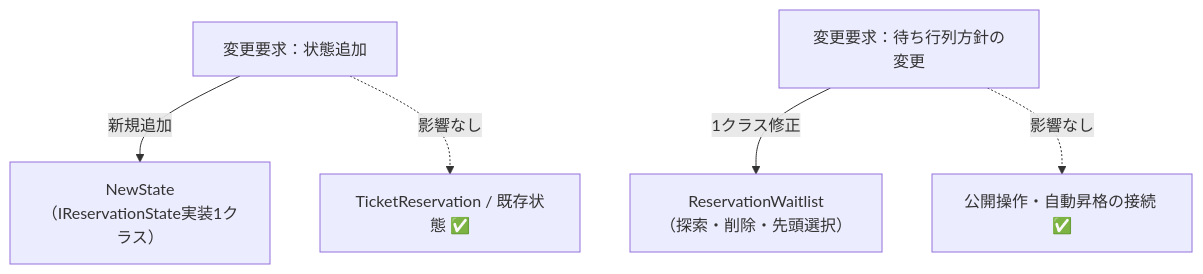
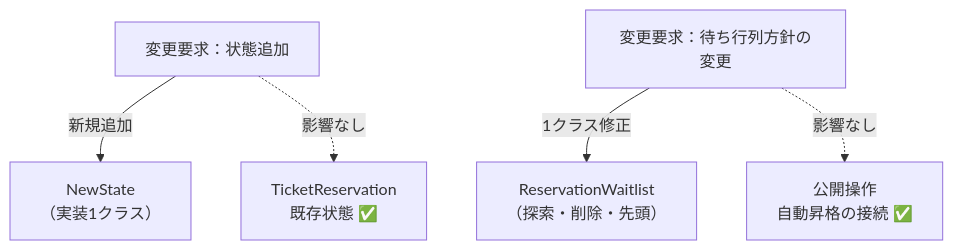
Diagram 15 of 18 in kindle/design-patterns/books/volume01-core-patterns/output/chapter02.md (kumachan1101-pixel/DesignPattern), drawn with Mermaid before and after one commit. The commit also changed other lines of this file and 8 other files, not shown here.

````diff
--- a/kindle/design-patterns/books/volume01-core-patterns/output/chapter02.md
+++ b/kindle/design-patterns/books/volume01-core-patterns/output/chapter02.md
@@ -3119,9 +3110,9 @@
 ```mermaid
 graph TD
     T1["変更要求：状態追加"]
-        -->|新規追加| N1["NewState<br>（IReservationState実装1クラス）"]
+        -->|新規追加| N1["NewState<br>（実装1クラス）"]
     T2["変更要求：待ち行列方針の変更"]
-        -->|1クラス修正| N2["ReservationWaitlist<br>（探索・削除・先頭選択）"]
-    T1 -. "影響なし" .-> A["TicketReservation / 既存状態 ✅"]
-    T2 -. "影響なし" .-> B["公開操作・自動昇格の接続 ✅"]
+        -->|1クラス修正| N2["ReservationWaitlist<br>（探索・削除・先頭）"]
+    T1 -. "影響なし" .-> A["TicketReservation<br>既存状態 ✅"]
+    T2 -. "影響なし" .-> B["公開操作<br>自動昇格の接続 ✅"]
 ```
````
